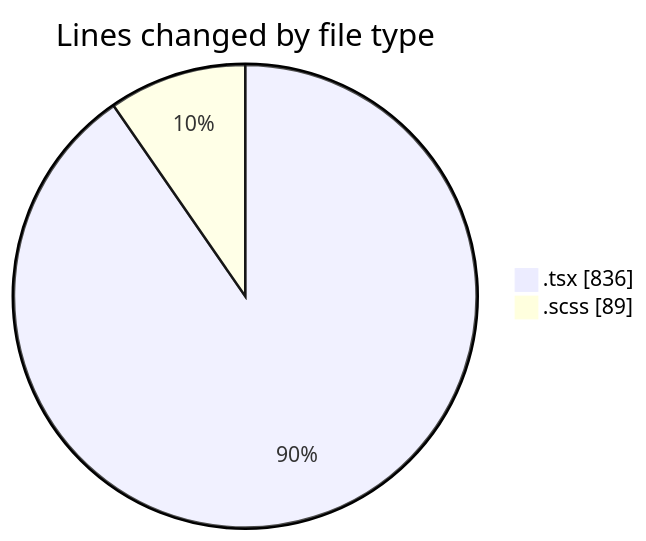
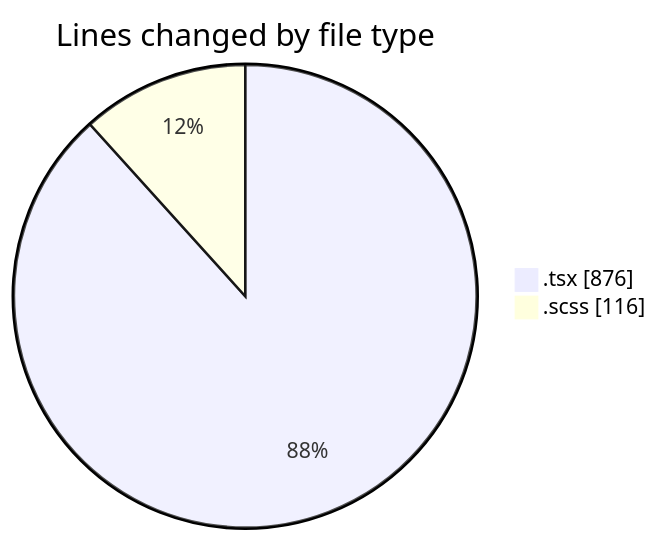
One commit to momahboobian/code-tracking changed the first of 2 diagrams in 2025-04-10/cda/README.md. Above: the diagram before and after it, drawn with Mermaid. The commit also changed other lines of this file and 1 other file, not shown here.

````diff
--- a/2025-04-10/cda/README.md
+++ b/2025-04-10/cda/README.md
@@ -22,6 +22,6 @@
 ```mermaid
 pie showData
 title Lines changed by file type
-".tsx" : 836
-".scss" : 89
+".tsx" : 876
+".scss" : 116
 ```
````
